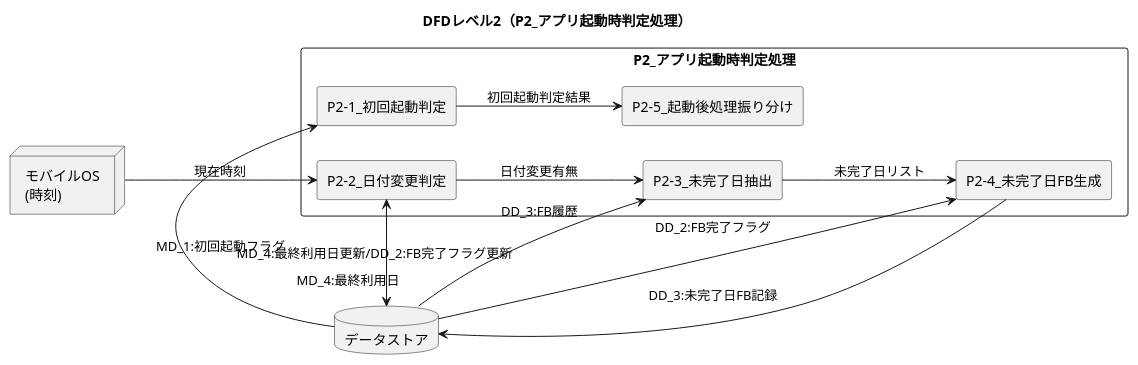
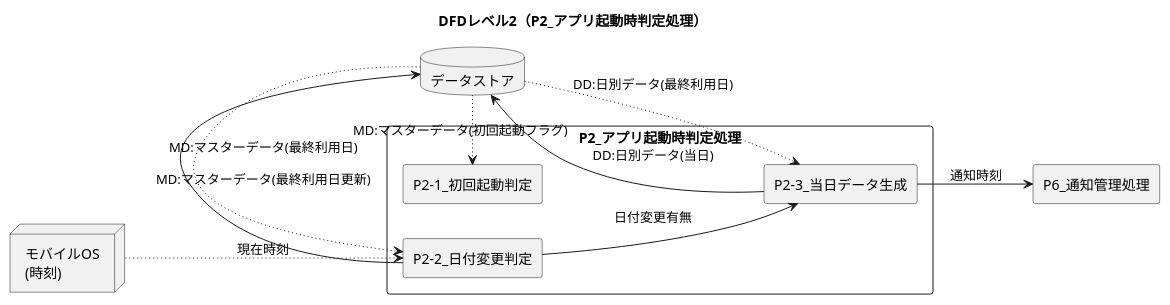
One commit to akamatrixxx/justtime changed the diagram in assets/specifications/詳細設計/DFD/DFD2_P2.pu. Above: the diagram before and after it, drawn with PlantUML. The commit also changed 8 other files, not shown here.

```diff
--- a/assets/specifications/詳細設計/DFD/DFD2_P2.pu
+++ b/assets/specifications/詳細設計/DFD/DFD2_P2.pu
@@ -1,41 +1,35 @@
 @startuml
 title DFDレベル2（P2_アプリ起動時判定処理）
 
 left to right direction
 ' skinparam linetype ortho 
 
 database "データストア" as DB
 node "モバイルOS\n(時刻)" as OS
 
 rectangle P2 as "P2_アプリ起動時判定処理" {
   rectangle P2_1 as "P2-1_初回起動判定"
   rectangle P2_2 as "P2-2_日付変更判定"
-  rectangle P2_3 as "P2-3_未完了日抽出"
-  rectangle P2_4 as "P2-4_未完了日FB生成"
-  rectangle P2_5 as "P2-5_起動後処理振り分け"
+  rectangle P2_3 as "P2-3_当日データ生成"
 }
+rectangle P6 as "P6_通知管理処理"
 
 ' ===== 入力 =====
-DB --> P2_1 : MD_1:初回起動フラグ
+DB -[dotted]-> P2_1 : MD:マスターデータ(初回起動フラグ)
 
-OS --> P2_2 : 現在時刻
-DB --> P2_2 : \n\n\nMD_4:最終利用日
+OS -[dotted]-> P2_2 : 現在時刻
+DB -[dotted]-> P2_2 : MD:マスターデータ(最終利用日)
 
-DB --> P2_3 : DD_3:FB履歴
-
-DB --> P2_4 : DD_2:FB完了フラグ
+DB -[dotted]-> P2_3 : DD:日別データ(最終利用日)
 
 ' ===== プロセス間連携 =====
-P2_1 --> P2_5 : 初回起動判定結果
 
 P2_2 --> P2_3 : 日付変更有無
-' P2_2 --> P2_5 : 日付変更有無
-
-P2_3 --> P2_4 : 未完了日リスト
 
 
 ' ===== 出力 =====
-P2_2 --> DB : MD_4:最終利用日更新/DD_2:FB完了フラグ更新
-P2_4 --> DB : DD_3:未完了日FB記録
+P2_2 --> DB : MD:マスターデータ(最終利用日更新)
+P2_3 --> DB : DD:日別データ(当日)
+P2_3 --> P6 : 通知時刻
 
 @enduml
```
